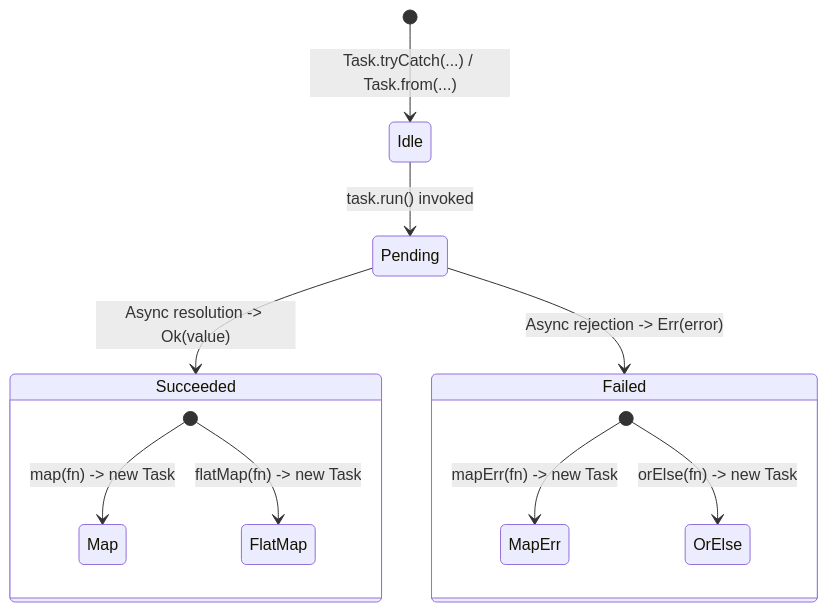
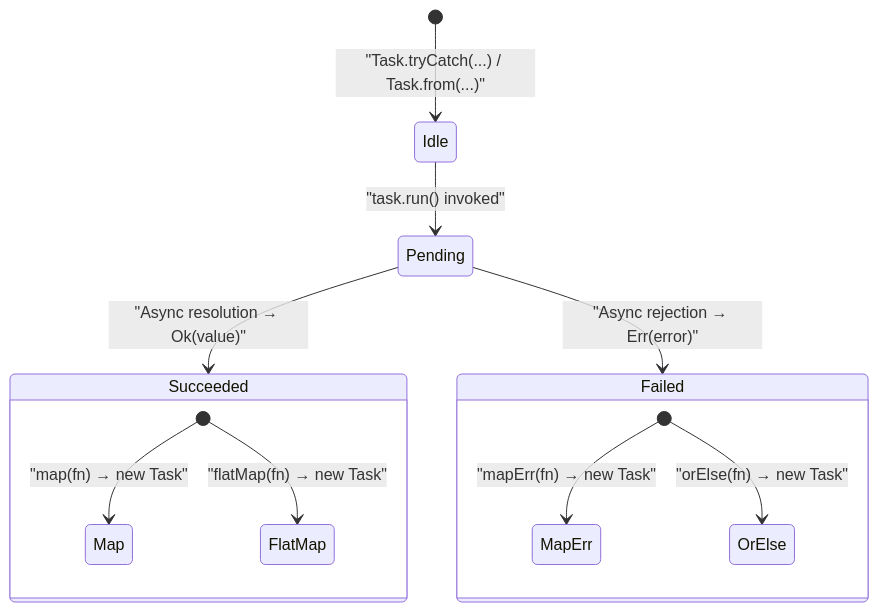
Before and after one commit to luismiddleton/adt-ts: the diagram in docs/task.md, drawn with Mermaid. The commit also changed other lines of this file and 3 other files, not shown here.

Commit message:
fix(docs): resolve mermaid syntax errors and replace proprietary carousel blocks with standard GFM (#22)

````diff
--- a/docs/task.md
+++ b/docs/task.md
@@ -100,17 +100,18 @@
 ```mermaid
 stateDiagram-v2
-    [*] --> Idle: Task.tryCatch(...) / Task.from(...)
-    Idle --> Pending: task.run() invoked
-    Pending --> Succeeded: Async resolution -> Ok(value)
-    Pending --> Failed: Async rejection -> Err(error)
+    direction TB
+    [*] --> Idle: "Task.tryCatch(...) / Task.from(...)"
+    Idle --> Pending: "task.run() invoked"
+    Pending --> Succeeded: "Async resolution → Ok(value)"
+    Pending --> Failed: "Async rejection → Err(error)"
 
     state Succeeded {
-        [*] --> Map: map(fn) -> new Task
-        [*] --> FlatMap: flatMap(fn) -> new Task
+        [*] --> Map: "map(fn) → new Task"
+        [*] --> FlatMap: "flatMap(fn) → new Task"
     }
 
     state Failed {
-        [*] --> MapErr: mapErr(fn) -> new Task
-        [*] --> OrElse: orElse(fn) -> new Task
+        [*] --> MapErr: "mapErr(fn) → new Task"
+        [*] --> OrElse: "orElse(fn) → new Task"
     }
 ```
````
